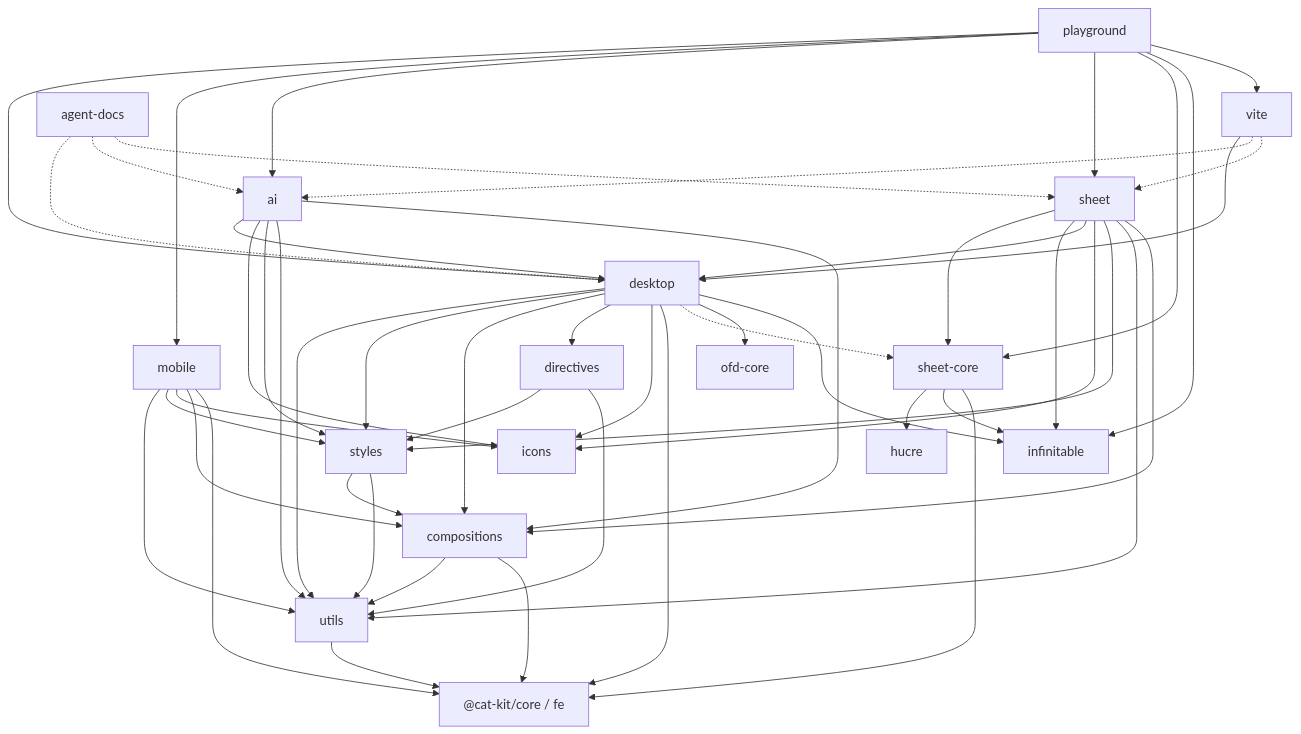
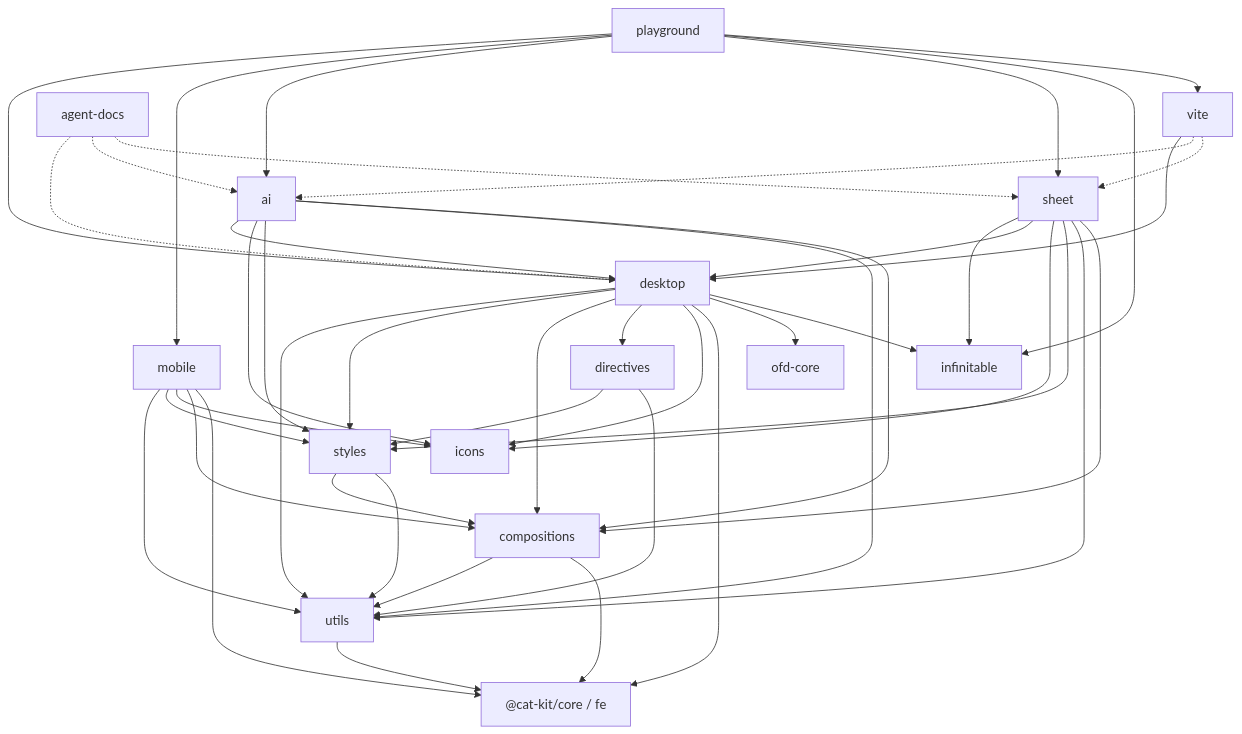
One commit to cabinet-fe/ultra-ui changed the diagram in .agents/docs/CODE-MAP.md. Above: the diagram before and after it, drawn with Mermaid. The commit also changed other lines of this file and 170 other files, not shown here.

First line of the commit message:
refactor(sheet)!: 删除 @veltra/sheet-core 包，直连 npm 包 infinitable

````diff
--- a/.agents/docs/CODE-MAP.md
+++ b/.agents/docs/CODE-MAP.md
@@ -58,68 +55,61 @@
 ```mermaid
 graph TD
   catkit["@cat-kit/core / fe"]
   utils["utils"]
   compositions["compositions"]
   styles["styles"]
   directives["directives"]
   icons["icons"]
   desktop["desktop"]
-  sheetCore["sheet-core"]
   sheet["sheet"]
   ai["ai"]
   ofdCore["ofd-core"]
   vitePkg["vite"]
   mobile["mobile"]
   playground["playground"]
   agentDocs["agent-docs"]
 
   utils --> catkit
   compositions --> utils
   compositions --> catkit
   styles --> compositions
   styles --> utils
   directives --> styles
   directives --> utils
   desktop --> utils
   desktop --> styles
   desktop --> compositions
   desktop --> directives
   desktop --> icons
   desktop --> catkit
-  desktop -.-> sheetCore
   desktop --> ofdCore
   desktop --> infTable["infinitable"]
-  sheetCore --> hucre["hucre"]
-  sheetCore --> infTable
-  sheetCore --> catkit
-  sheet --> sheetCore
   sheet --> infTable
   sheet --> desktop
   sheet --> icons
   sheet --> styles
   sheet --> utils
   sheet --> compositions
   ai --> desktop
   ai --> icons
   ai --> styles
   ai --> utils
   ai --> compositions
   mobile --> utils
   mobile --> styles
   mobile --> icons
   mobile --> compositions
   mobile --> catkit
   vitePkg --> desktop
   vitePkg -.-> ai
   vitePkg -.-> sheet
   playground --> desktop
   playground --> mobile
   playground --> ai
   playground --> sheet
-  playground --> sheetCore
   playground --> infTable
   playground --> vitePkg
   agentDocs -.-> desktop
   agentDocs -.-> ai
   agentDocs -.-> sheet
 ```
````
